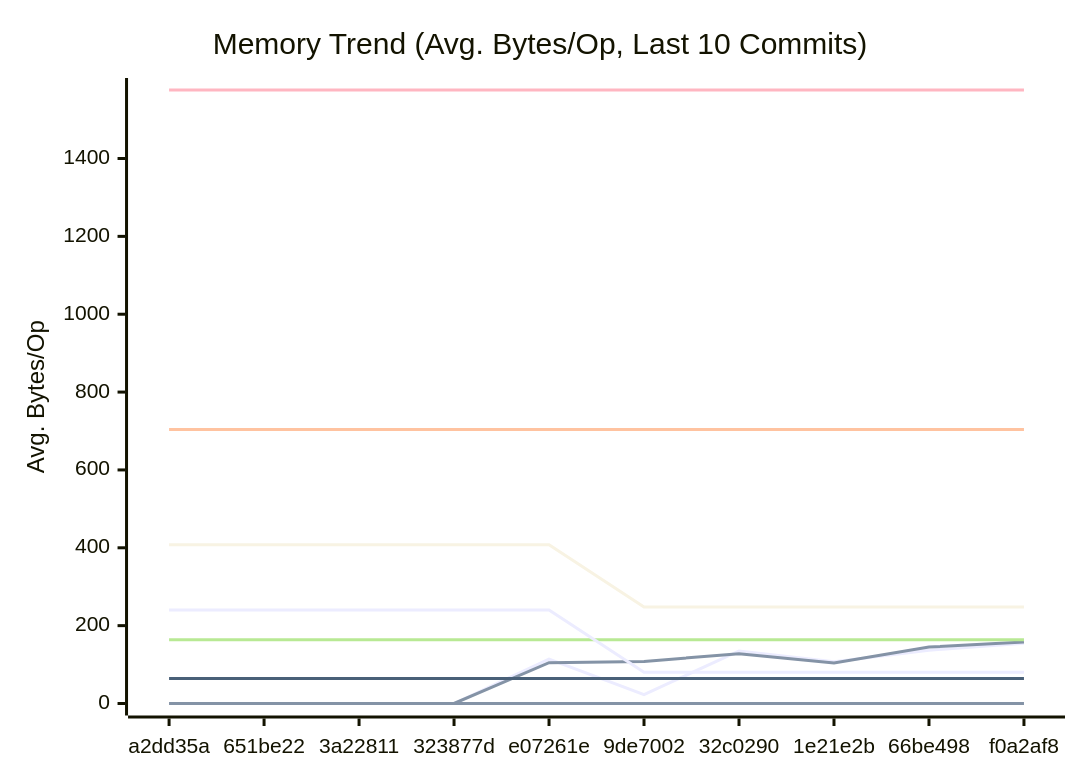
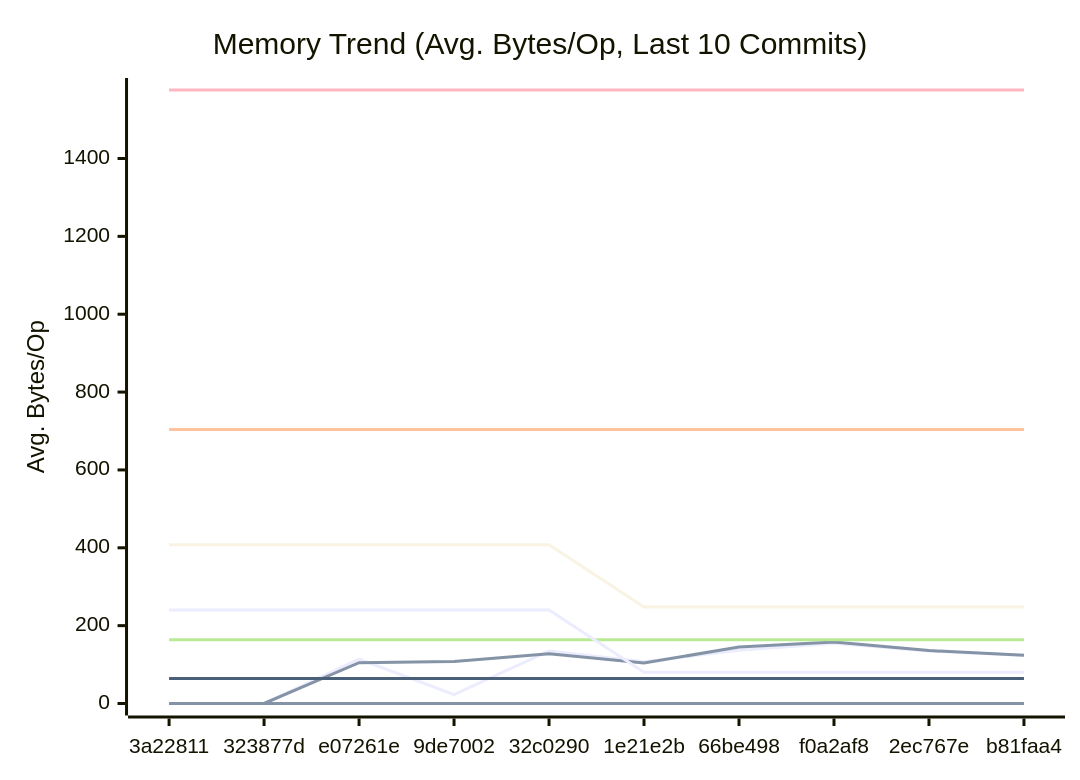
The second of 3 diagrams in docs/PERFORMANCE.md (alsotoes/momo), drawn with Mermaid before and after one commit. The commit also changed other lines of this file and 7 other files, not shown here.

````diff
--- a/docs/PERFORMANCE.md
+++ b/docs/PERFORMANCE.md
@@ -171,20 +171,20 @@
 ```mermaid
 xychart-beta
     title "Memory Trend (Avg. Bytes/Op, Last 10 Commits)"
     x-axis "Commit"
     y-axis "Avg. Bytes/Op"
-    x-axis [a2dd35a,651be22,3a22811,323877d,e07261e,9de7002,32c0290,1e21e2b,66be498,f0a2af8]
-    line "AWSChunkedReaderSigned" [0,0,0,0,114,23,135,107,137,155]
-    line "AWSChunkedReaderUnsigned" [0,0,0,0,105,108,128,104,145,158]
+    x-axis [3a22811,323877d,e07261e,9de7002,32c0290,1e21e2b,66be498,f0a2af8,2ec767e,b81faa4]
+    line "AWSChunkedReaderSigned" [0,0,114,23,135,107,137,155,135,124]
+    line "AWSChunkedReaderUnsigned" [0,0,105,108,128,104,145,158,136,124]
     line "CheckMetricsAndSwap" [0,0,0,0,0,0,0,0,0,0]
     line "CrushOptimized" [0,0,0,0,0,0,0,0,0,0]
     line "CrushOriginal" [164,164,164,164,164,164,164,164,164,164]
     line "IndexDirectTracking" [0,0,0,0,0,0,0,0,0,0]
     line "IndexSearch" [0,0,0,0,0,0,0,0,0,0]
     line "LoadGlobalConfig" [1576,1576,1576,1576,1576,1576,1576,1576,1576,1576]
     line "PadString" [64,64,64,64,64,64,64,64,64,64]
     line "ParseReplicationOrder_NoPrealloc" [408,408,408,408,408,248,248,248,248,248]
     line "ParseReplicationOrder_Prealloc" [240,240,240,240,240,80,80,80,80,80]
     line "SanitizeLog/Safe" [0,0,0,0,0,0,0,0,0,0]
     line "SanitizeLog/Unsafe" [704,704,704,704,704,704,704,704,704,704]
 ```
````
